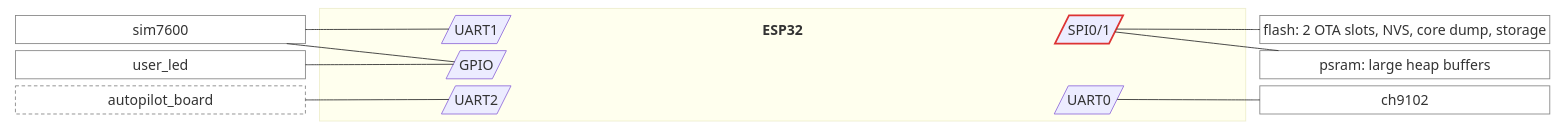
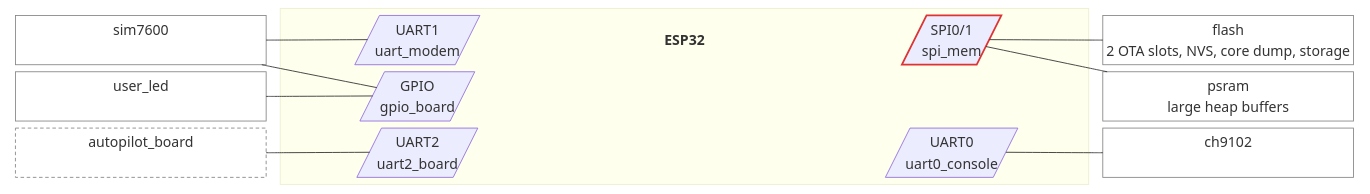
Before and after one commit to jRmx0/esp-architecture: the second of 4 diagrams in examples/gateway/diagrams.md, drawn with Mermaid. The commit also changed 2 other files, not shown here.

Commit message:
Block level 1: two lines in every cell
All grid columns share one width, so a long one-line label widened the whole
diagram until it was unreadable. Every cell now has two lines instead: a bus
shows its peripheral and id, a device its id and holds (or a blank line).

````diff
--- a/examples/gateway/diagrams.md
+++ b/examples/gateway/diagrams.md
@@ -29,45 +29,45 @@
 ```mermaid
 block-beta
   columns 5
   block:left
     columns 1
-    n_sim7600["sim7600"]
-    n_user_led["user_led"]
-    n_autopilot_board["autopilot_board"]
+    n_sim7600["sim7600<br/>&nbsp;"]
+    n_user_led["user_led<br/>&nbsp;"]
+    n_autopilot_board["autopilot_board<br/>&nbsp;"]
   end
   block:chip:3
     columns 3
-    n_uart_modem[/"UART1"/]
+    n_uart_modem[/"UART1<br/>uart_modem"/]
     chip_title["<b>ESP32</b>"]
-    n_spi_mem[/"SPI0/1"/]
-    n_gpio_board[/"GPIO"/]
+    n_spi_mem[/"SPI0/1<br/>spi_mem"/]
+    n_gpio_board[/"GPIO<br/>gpio_board"/]
     space
     space
-    n_uart2_board[/"UART2"/]
+    n_uart2_board[/"UART2<br/>uart2_board"/]
     space
-    n_uart0_console[/"UART0"/]
+    n_uart0_console[/"UART0<br/>uart0_console"/]
   end
   block:right
     columns 1
-    n_flash["flash: 2 OTA slots, NVS, core dump, storage"]
-    n_psram["psram: large heap buffers"]
-    n_ch9102["ch9102"]
+    n_flash["flash<br/>2 OTA slots, NVS, core dump, storage"]
+    n_psram["psram<br/>large heap buffers"]
+    n_ch9102["ch9102<br/>&nbsp;"]
   end
   style left fill:none,stroke:none
   style right fill:none,stroke:none
   n_uart_modem --- n_sim7600
   n_gpio_board --- n_sim7600
   n_gpio_board --- n_user_led
   n_uart2_board --- n_autopilot_board
   n_uart0_console --- n_ch9102
   n_spi_mem --- n_flash
   n_spi_mem --- n_psram
   classDef title fill:none,stroke:none
   classDef device fill:none,stroke:#888
   classDef planned fill:none,stroke:#888,stroke-dasharray:4 3
   class chip_title title
   class n_sim7600,n_user_led,n_ch9102,n_flash,n_psram device
   class n_autopilot_board planned
   classDef shared stroke:#d33,stroke-width:2px
   class n_spi_mem shared
 ```
````
